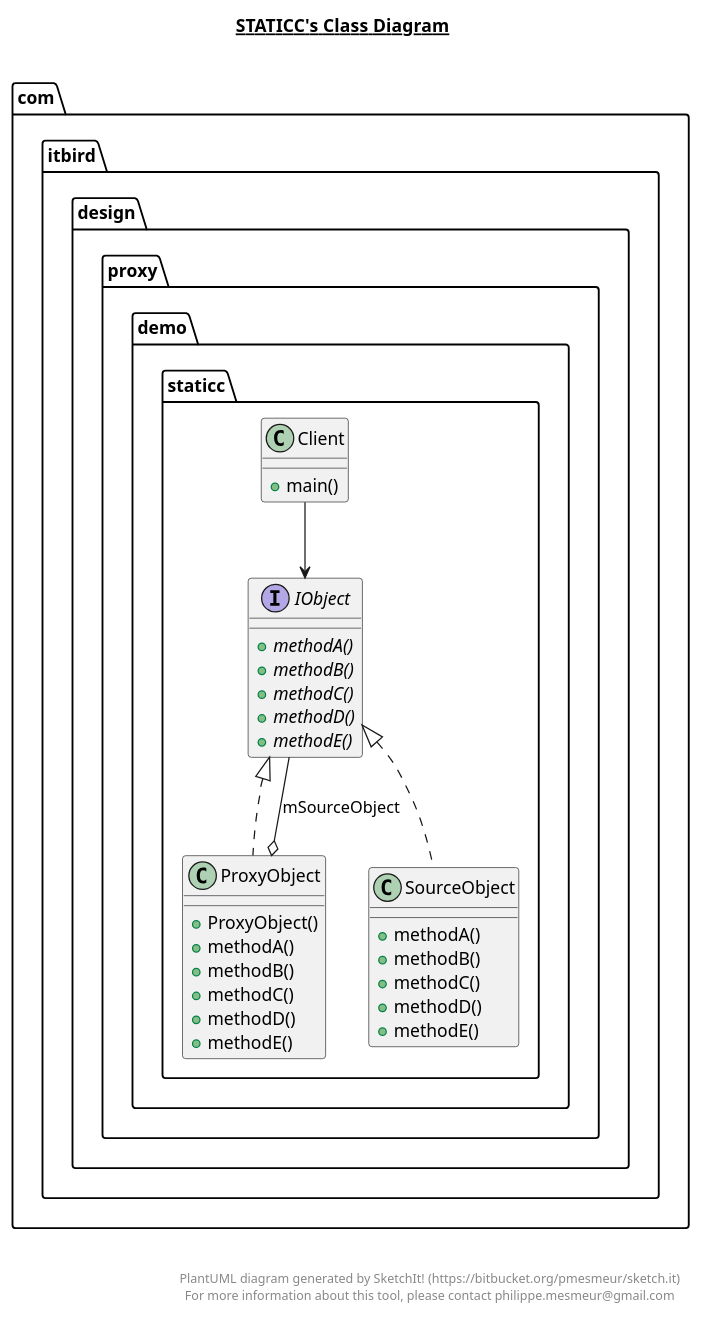
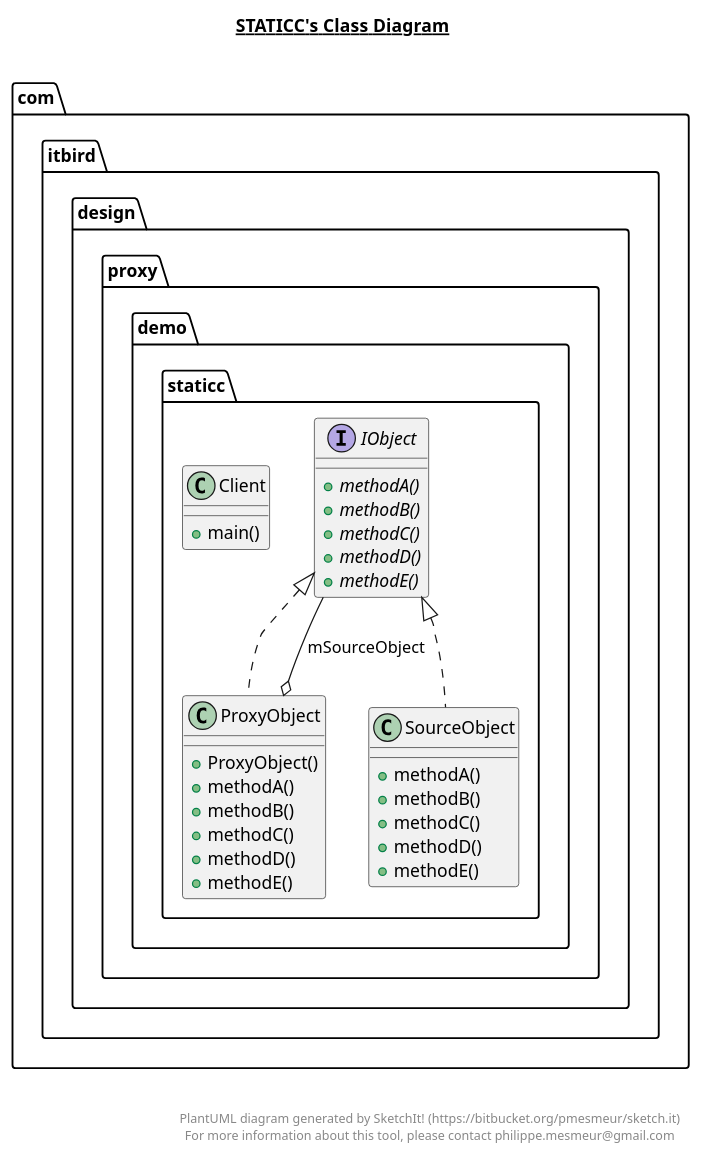
Before and after one commit to xfkang/DesignPatternPractice: the diagram in app/src/main/java/com/itbird/design/proxy/demo/staticc/staticc.plantuml, drawn with PlantUML. The commit also changed 44 other files, not shown here.

```diff
--- a/app/src/main/java/com/itbird/design/proxy/demo/staticc/staticc.plantuml
+++ b/app/src/main/java/com/itbird/design/proxy/demo/staticc/staticc.plantuml
@@ -1,75 +1,74 @@
 @startuml
 
 title __STATICC's Class Diagram__\n
 
   namespace com.itbird.design {
     namespace proxy {
       namespace demo.staticc {
         class com.itbird.design.proxy.demo.staticc.Client {
             + main()
         }
       }
     }
   }
   
 
   namespace com.itbird.design {
     namespace proxy {
       namespace demo.staticc {
         interface com.itbird.design.proxy.demo.staticc.IObject {
             {abstract} + methodA()
             {abstract} + methodB()
             {abstract} + methodC()
             {abstract} + methodD()
             {abstract} + methodE()
         }
       }
     }
   }
   
 
   namespace com.itbird.design {
     namespace proxy {
       namespace demo.staticc {
         class com.itbird.design.proxy.demo.staticc.ProxyObject {
             + ProxyObject()
             + methodA()
             + methodB()
             + methodC()
             + methodD()
             + methodE()
         }
       }
     }
   }
   
 
   namespace com.itbird.design {
     namespace proxy {
       namespace demo.staticc {
         class com.itbird.design.proxy.demo.staticc.SourceObject {
             + methodA()
             + methodB()
             + methodC()
             + methodD()
             + methodE()
         }
       }
     }
   }
   
 
   com.itbird.design.proxy.demo.staticc.ProxyObject .up.|> com.itbird.design.proxy.demo.staticc.IObject
   com.itbird.design.proxy.demo.staticc.ProxyObject o-- com.itbird.design.proxy.demo.staticc.IObject : mSourceObject
   com.itbird.design.proxy.demo.staticc.SourceObject .up.|> com.itbird.design.proxy.demo.staticc.IObject
 
-  com.itbird.design.proxy.demo.staticc.Client --> com.itbird.design.proxy.demo.staticc.IObject
 
 right footer
 
 
 PlantUML diagram generated by SketchIt! (https://bitbucket.org/pmesmeur/sketch.it)
 For more information about this tool, please contact philippe.mesmeur@gmail.com
 endfooter
 
 @enduml
```
